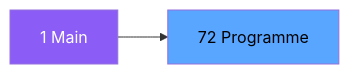
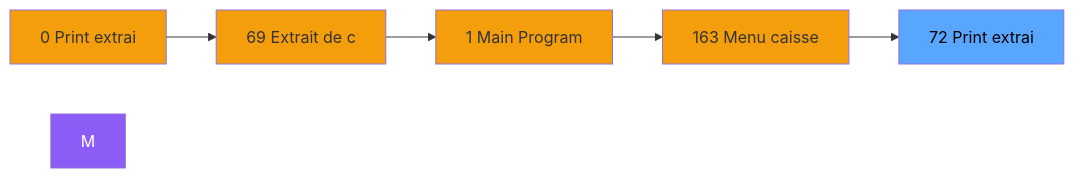
One commit to thonyAGP/magic-migration changed the second of 3 diagrams in .openspec/specs/ADH-IDE-72.md. Above: the diagram before and after it, drawn with Mermaid. The commit also changed other lines of this file and 323 other files, not shown here.

````diff
--- a/.openspec/specs/ADH-IDE-72.md
+++ b/.openspec/specs/ADH-IDE-72.md
@@ -106,8 +125,18 @@
 ```mermaid
 graph LR
-    M[1 Main]
-    T[72 Programme]
-    M --> T
+    N0[0 Print extrai]
+    N69[69 Extrait de c]
+    N1[1 Main Program]
+    N163[163 Menu caisse ]
+    T[72 Print extrai]
+    N0 --> N69
+    N69 --> N1
+    N1 --> N163
+    N163 --> T
     style M fill:#8b5cf6,color:#fff
+    style N0 fill:#f59e0b
+    style N69 fill:#f59e0b
+    style N1 fill:#f59e0b
+    style N163 fill:#f59e0b
     style T fill:#58a6ff,color:#000
 ```
````
